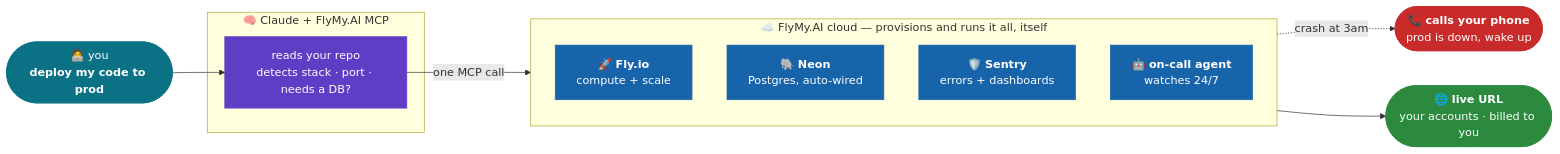
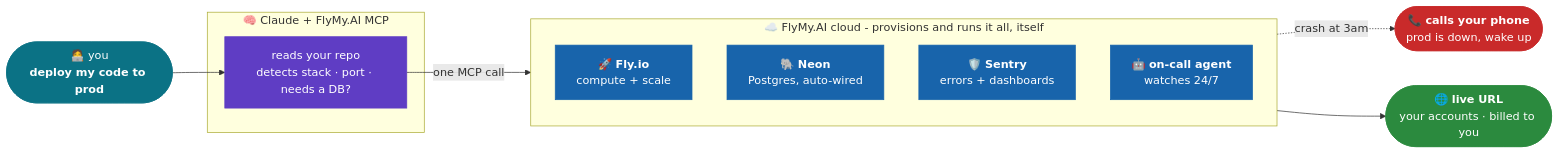
One commit to FlyMyAI/replifly changed the diagram in README.md. Above: the diagram before and after it, drawn with Mermaid. The commit also changed other lines of this file, not shown here.

````diff
--- a/README.md
+++ b/README.md
@@ -22,32 +26,32 @@
 ```mermaid
 flowchart LR
     U(["🧑‍💻 you<br/><b>deploy my code to prod</b>"]) --> C
 
     subgraph BRAIN["🧠 Claude + FlyMy.AI MCP"]
         C["reads your repo<br/>detects stack · port · needs a DB?"]
     end
 
     C -->|one MCP call| CLOUD
 
-    subgraph CLOUD["☁️ FlyMy.AI cloud — provisions and runs it all, itself"]
+    subgraph CLOUD["☁️ FlyMy.AI cloud - provisions and runs it all, itself"]
         direction TB
         F["🚀 <b>Fly.io</b><br/>compute + scale"]
         N["🐘 <b>Neon</b><br/>Postgres, auto-wired"]
         S["🛡️ <b>Sentry</b><br/>errors + dashboards"]
         W["🤖 <b>on-call agent</b><br/>watches 24/7"]
     end
 
     CLOUD --> LIVE(["🌐 <b>live URL</b><br/>your accounts · billed to you"])
     W -.->|crash at 3am| PAGE(["📞 <b>calls your phone</b><br/>prod is down, wake up"])
 
     classDef you fill:#0b7285,stroke:#0b7285,color:#fff;
     classDef brain fill:#5f3dc4,stroke:#5f3dc4,color:#fff;
     classDef cloud fill:#1864ab,stroke:#1864ab,color:#fff;
     classDef out fill:#2b8a3e,stroke:#2b8a3e,color:#fff;
     classDef pager fill:#c92a2a,stroke:#c92a2a,color:#fff;
     class U you;
     class C brain;
     class F,N,S,W cloud;
     class LIVE out;
     class PAGE pager;
 ```
````
